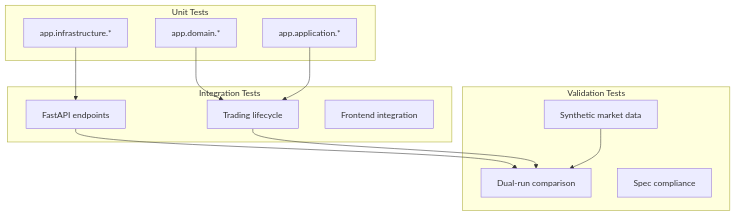
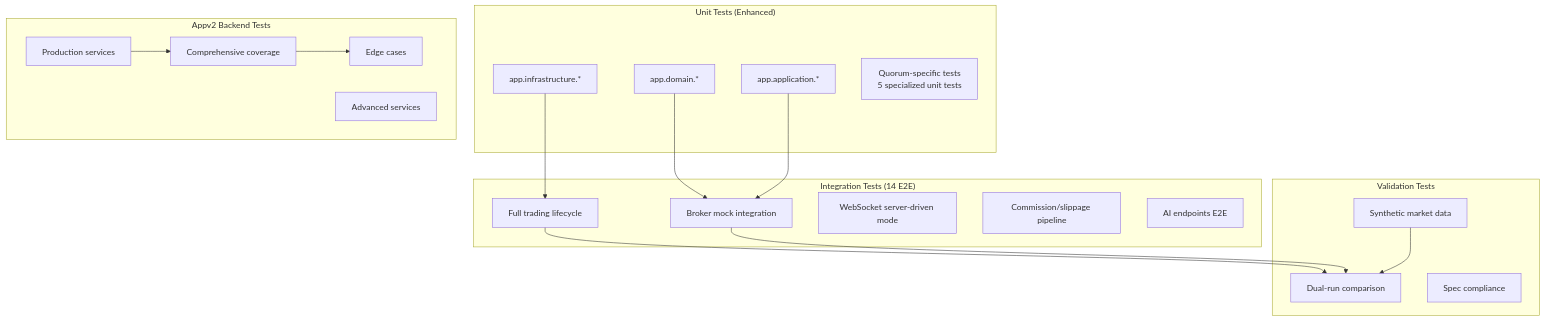
Before and after one commit to gemrajkhatry-maker/v5-of-glassytrade-ai: the first of 7 diagrams in .qoder/repowiki/en/content/Testing Strategy/Testing Strategy.md, drawn with Mermaid. The commit also changed other lines of this file and 930 other files, not shown here.

````diff
--- a/.qoder/repowiki/en/content/Testing Strategy/Testing Strategy.md
+++ b/.qoder/repowiki/en/content/Testing Strategy/Testing Strategy.md
@@ -37,24 +55,35 @@
 ```mermaid
 graph TB
-subgraph "Unit Tests"
+subgraph "Unit Tests (Enhanced)"
 U1["app.domain.*"]
 U2["app.application.*"]
 U3["app.infrastructure.*"]
+U4["Quorum-specific tests<br/>5 specialized unit tests"]
 end
-subgraph "Integration Tests"
-I1["FastAPI endpoints"]
-I2["Trading lifecycle"]
-I3["Frontend integration"]
+subgraph "Integration Tests (14 E2E)"
+I1["Full trading lifecycle"]
+I2["Broker mock integration"]
+I3["WebSocket server-driven mode"]
+I4["Commission/slippage pipeline"]
+I5["AI endpoints E2E"]
 end
 subgraph "Validation Tests"
 V1["Dual-run comparison"]
 V2["Synthetic market data"]
 V3["Spec compliance"]
+end
+subgraph "Appv2 Backend Tests"
+A1["Production services"]
+A2["Comprehensive coverage"]
+A3["Edge cases"]
+A4["Advanced services"]
 end
 U1 --> I2
 U2 --> I2
 U3 --> I1
 I1 --> V1
 I2 --> V1
 V2 --> V1
+A1 --> A2
+A2 --> A3
 ```
````
